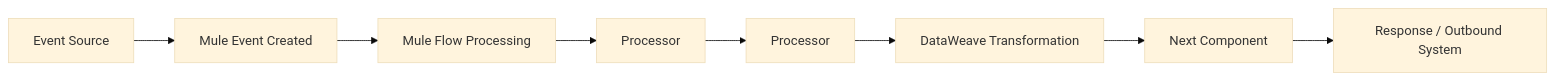
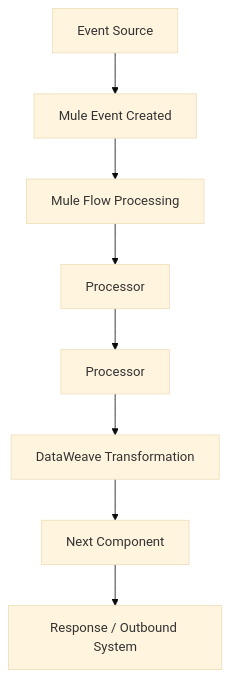
The diagram in docs-sr/modules/ROOT/pages/5_how_mule_really_works_internal_mechanisms.adoc (sasa73d/antora-productdock), drawn with Mermaid (base theme) before and after one commit. The commit also changed 2 other files, not shown here.

```diff
--- a/docs-sr/modules/ROOT/pages/5_how_mule_really_works_internal_mechanisms.adoc
+++ b/docs-sr/modules/ROOT/pages/5_how_mule_really_works_internal_mechanisms.adoc
@@ -7,11 +7,20 @@
 [mermaid,mule-runtime-internal-flow,svg]
 ....
-flowchart LR
-    Source["Event Source"] --> Event["Mule Event Created"]
-    Event --> Flow["Mule Flow Processing"]
-    Flow --> Processor1["Processor"]
-    Processor1 --> Processor2["Processor"]
-    Processor2 --> Transform["DataWeave Transformation"]
-    Transform --> Next["Next Component"]
-    Next --> Response["Response / Outbound System"]
+flowchart TD
+    Source["Event Source"]
+    Event["Mule Event Created"]
+    Flow["Mule Flow Processing"]
+    Processor1["Processor"]
+    Processor2["Processor"]
+    Transform["DataWeave Transformation"]
+    Next["Next Component"]
+    Response["Response / Outbound System"]
+
+    Source --> Event
+    Event --> Flow
+    Flow --> Processor1
+    Processor1 --> Processor2
+    Processor2 --> Transform
+    Transform --> Next
+    Next --> Response
 ....
```
